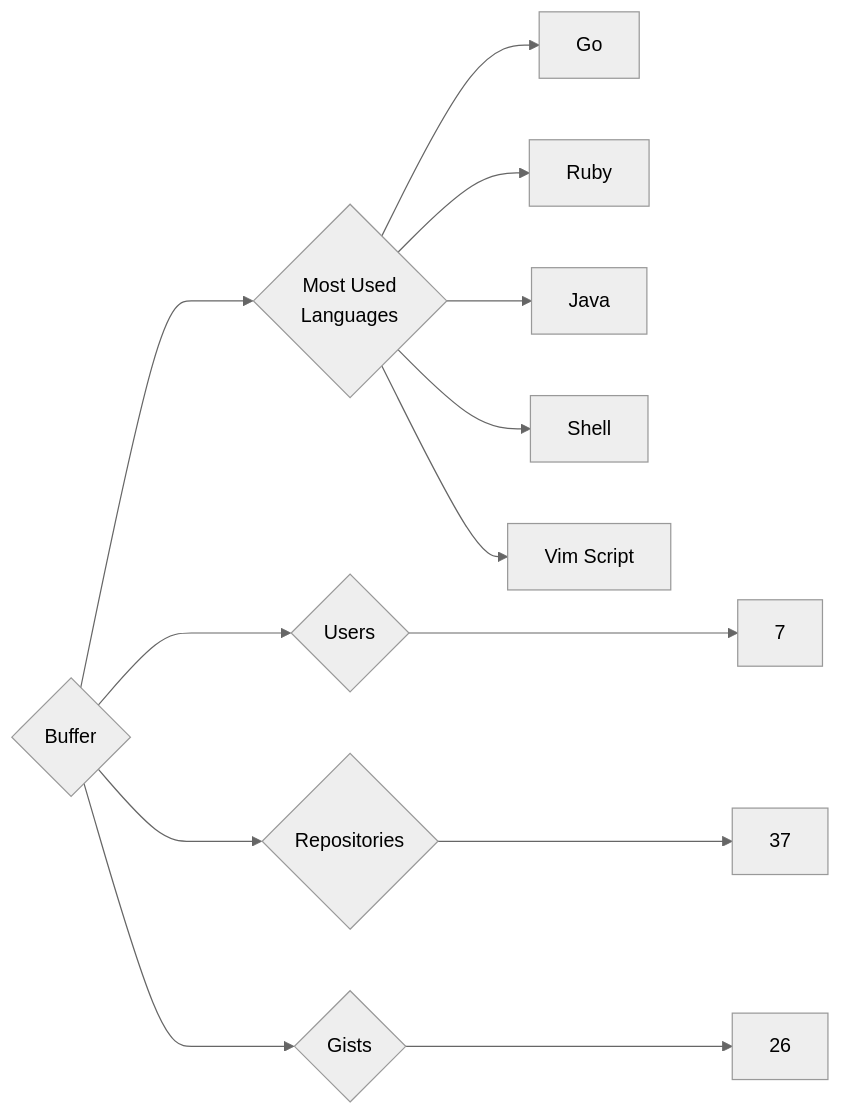
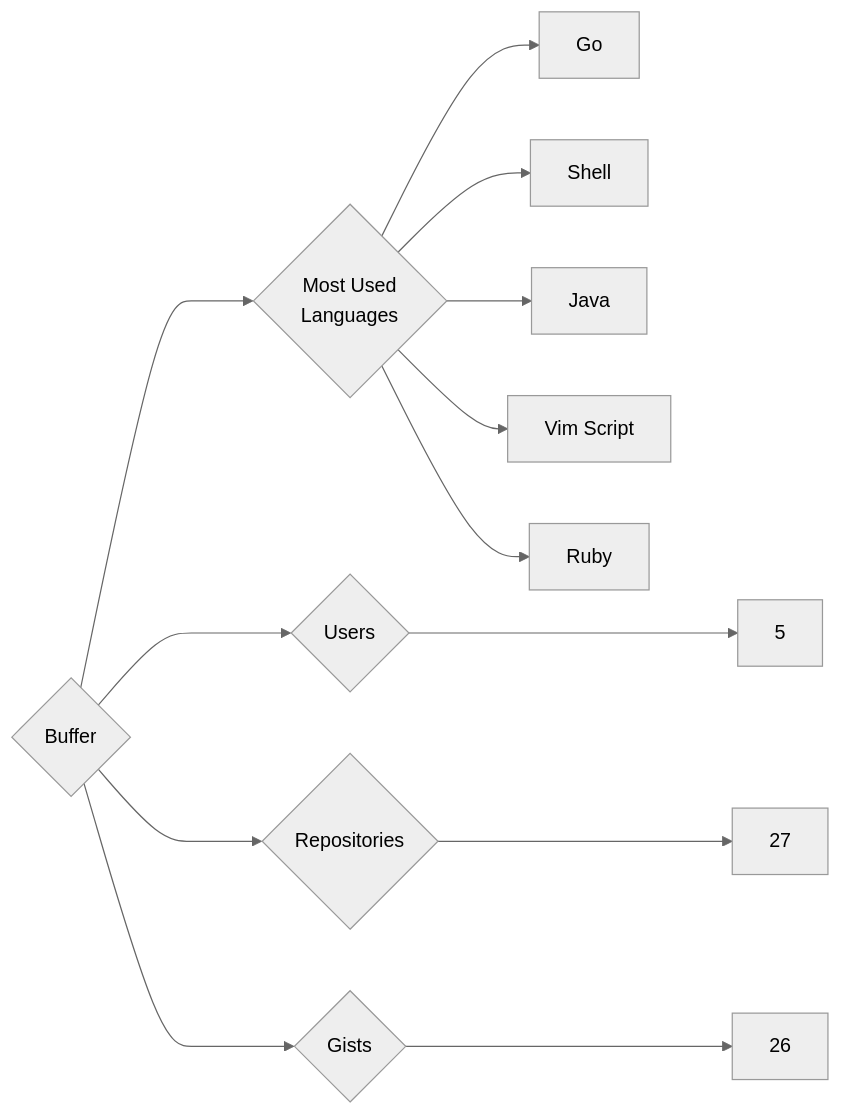
The diagram in targets/Buffer/README.md (trickest/insiders), drawn with Mermaid (neutral theme) before and after one commit. The commit also changed 993 other files, not shown here.

````diff
--- a/targets/Buffer/README.md
+++ b/targets/Buffer/README.md
@@ -3,13 +3,13 @@
 ```mermaid
 graph LR
 COMPANY_NAME{Buffer}
-COMPANY_NAME ---> U{Users} ---> UN[7]
-COMPANY_NAME ---> R{Repositories} ---> RN[37]
+COMPANY_NAME ---> U{Users} ---> UN[5]
+COMPANY_NAME ---> R{Repositories} ---> RN[27]
 COMPANY_NAME ---> G{Gists} ---> GN[26]
 COMPANY_NAME ---> ML{Most Used<br>Languages}
 ML --> Go[Go]
+ML --> Shell[Shell]
+ML --> Java[Java]
+ML --> Vim_Script[Vim Script]
 ML --> Ruby[Ruby]
-ML --> Java[Java]
-ML --> Shell[Shell]
-ML --> Vim_Script[Vim Script]
 ```
````
